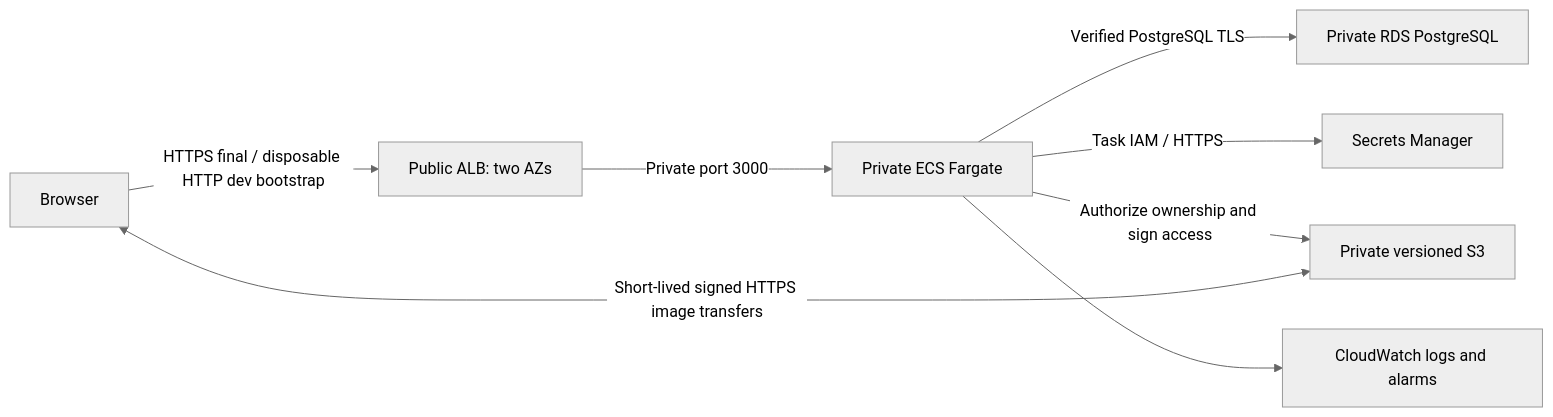
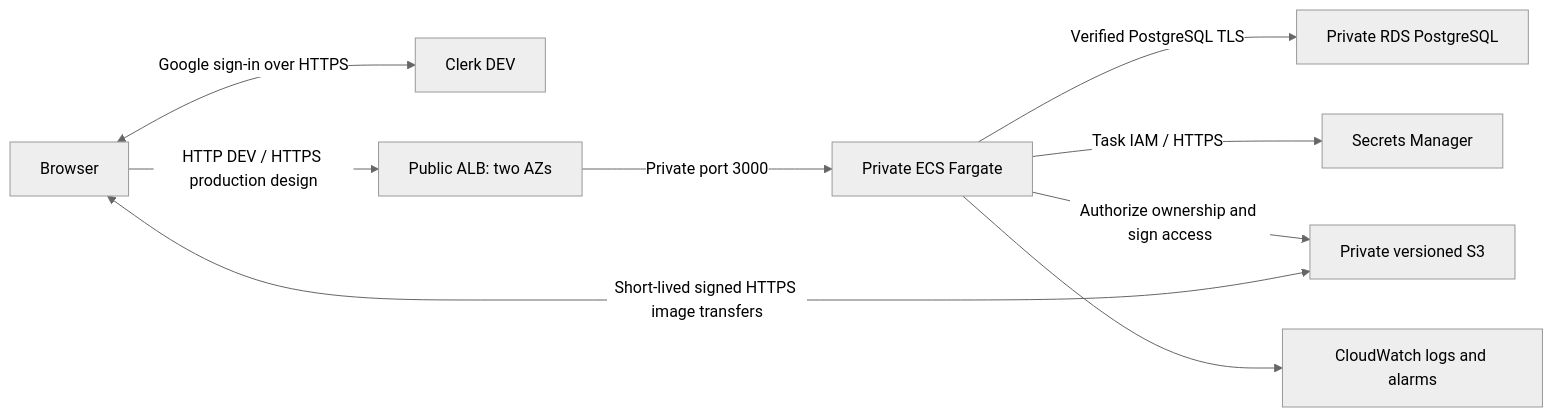
Before and after one commit to MichaelFisher1997/Cloudpay-demo: the diagram in README.md, drawn with Mermaid (neutral theme). The commit also changed other lines of this file and 7 other files, not shown here.

Commit message:
docs: record Clerk DEV cutover and owner-reported browser checks

````diff
--- a/README.md
+++ b/README.md
@@ -54,10 +56,11 @@
 ```mermaid
 flowchart LR
-  Browser -->|HTTPS final / disposable HTTP dev bootstrap| ALB[Public ALB: two AZs]
+  Browser <-->|Google sign-in over HTTPS| Clerk[Clerk DEV]
+  Browser -->|HTTP DEV / HTTPS production design| ALB[Public ALB: two AZs]
   ALB -->|Private port 3000| ECS[Private ECS Fargate]
   ECS -->|Verified PostgreSQL TLS| RDS[Private RDS PostgreSQL]
   ECS -->|Task IAM / HTTPS| SM[Secrets Manager]
   ECS -->|Authorize ownership and sign access| S3[Private versioned S3]
   Browser <-->|Short-lived signed HTTPS image transfers| S3
   ECS --> CW[CloudWatch logs and alarms]
 ```
````
